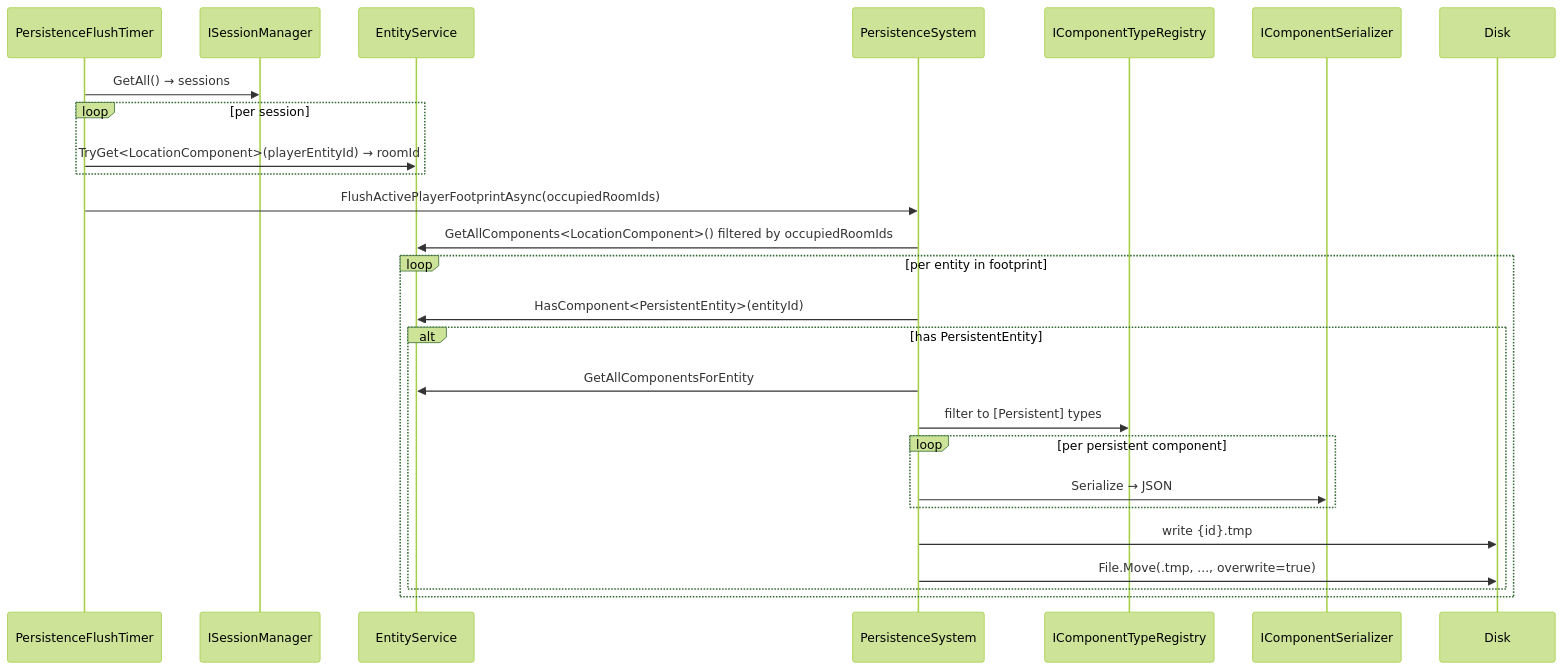
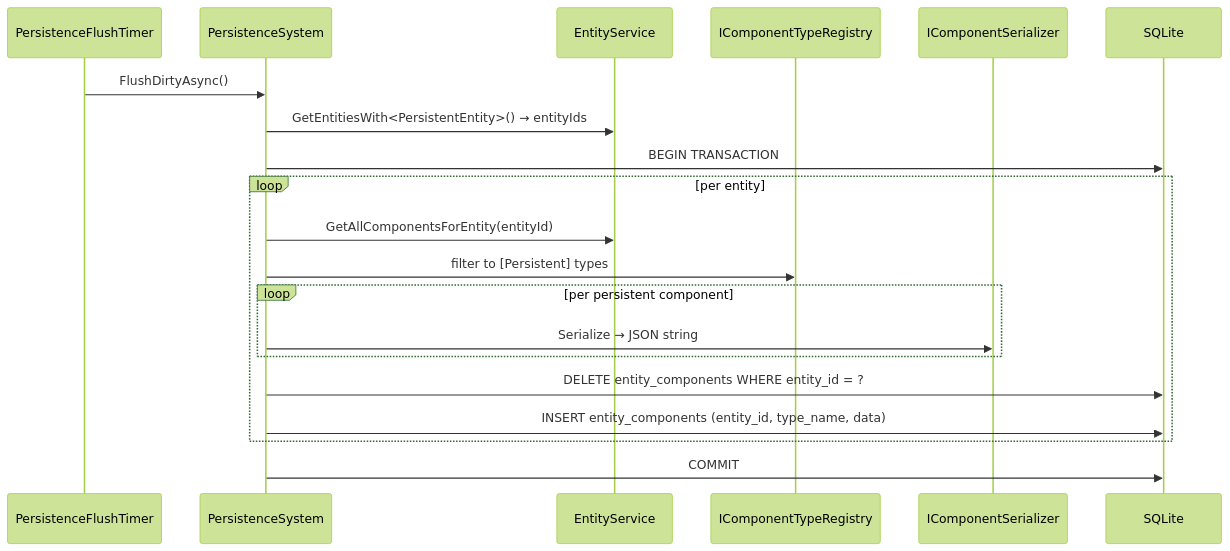
Before and after one commit to dmbyer/Hedron: the diagram in docs/architecture/flows/flow-04-persistence-flush-cycle.md, drawn with Mermaid (forest theme). The commit also changed other lines of this file and 51 other files, not shown here.

First line of the commit message:
persistence-reform: SQLite backend, YAML-authoritative world content, spawn slot foundation (Stages A+B+C) (#96)

````diff
--- a/docs/architecture/flows/flow-04-persistence-flush-cycle.md
+++ b/docs/architecture/flows/flow-04-persistence-flush-cycle.md
@@ -9,29 +9,23 @@
 ```mermaid
 sequenceDiagram
     participant Timer as PersistenceFlushTimer
-    participant SM as ISessionManager
+    participant PSys as PersistenceSystem
     participant ES as EntityService
-    participant PSys as PersistenceSystem
     participant TR as IComponentTypeRegistry
     participant CS as IComponentSerializer
-    participant Disk
+    participant DB as SQLite
 
-    Timer->>SM: GetAll() → sessions
-    loop per session
-        Timer->>ES: TryGet<LocationComponent>(playerEntityId) → roomId
+    Timer->>PSys: FlushDirtyAsync()
+    PSys->>ES: GetEntitiesWith<PersistentEntity>() → entityIds
+    PSys->>DB: BEGIN TRANSACTION
+    loop per entity
+        PSys->>ES: GetAllComponentsForEntity(entityId)
+        PSys->>TR: filter to [Persistent] types
+        loop per persistent component
+            PSys->>CS: Serialize → JSON string
+        end
+        PSys->>DB: DELETE entity_components WHERE entity_id = ?
+        PSys->>DB: INSERT entity_components (entity_id, type_name, data)
     end
-    Timer->>PSys: FlushActivePlayerFootprintAsync(occupiedRoomIds)
-    PSys->>ES: GetAllComponents<LocationComponent>() filtered by occupiedRoomIds
-    loop per entity in footprint
-        PSys->>ES: HasComponent<PersistentEntity>(entityId)
-        alt has PersistentEntity
-            PSys->>ES: GetAllComponentsForEntity
-            PSys->>TR: filter to [Persistent] types
-            loop per persistent component
-                PSys->>CS: Serialize → JSON
-            end
-            PSys->>Disk: write {id}.tmp
-            PSys->>Disk: File.Move(.tmp, ..., overwrite=true)
-        end
-    end
+    PSys->>DB: COMMIT
 ```
````
